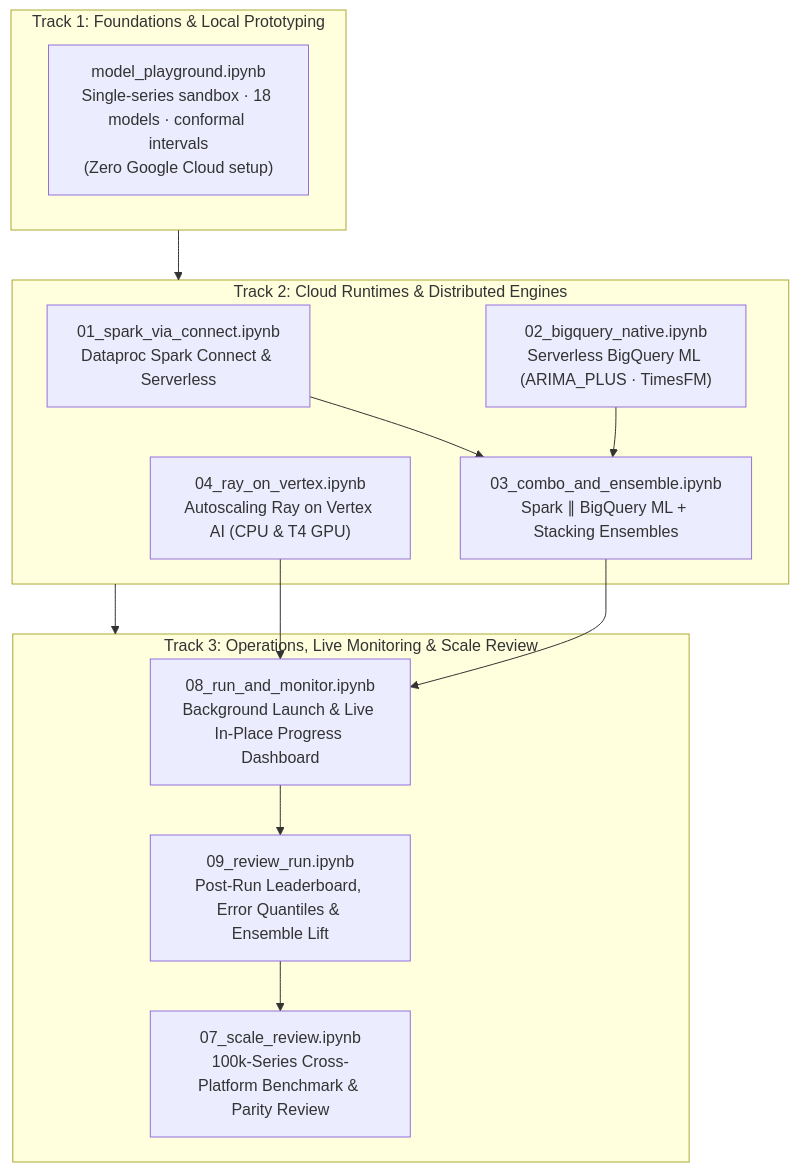
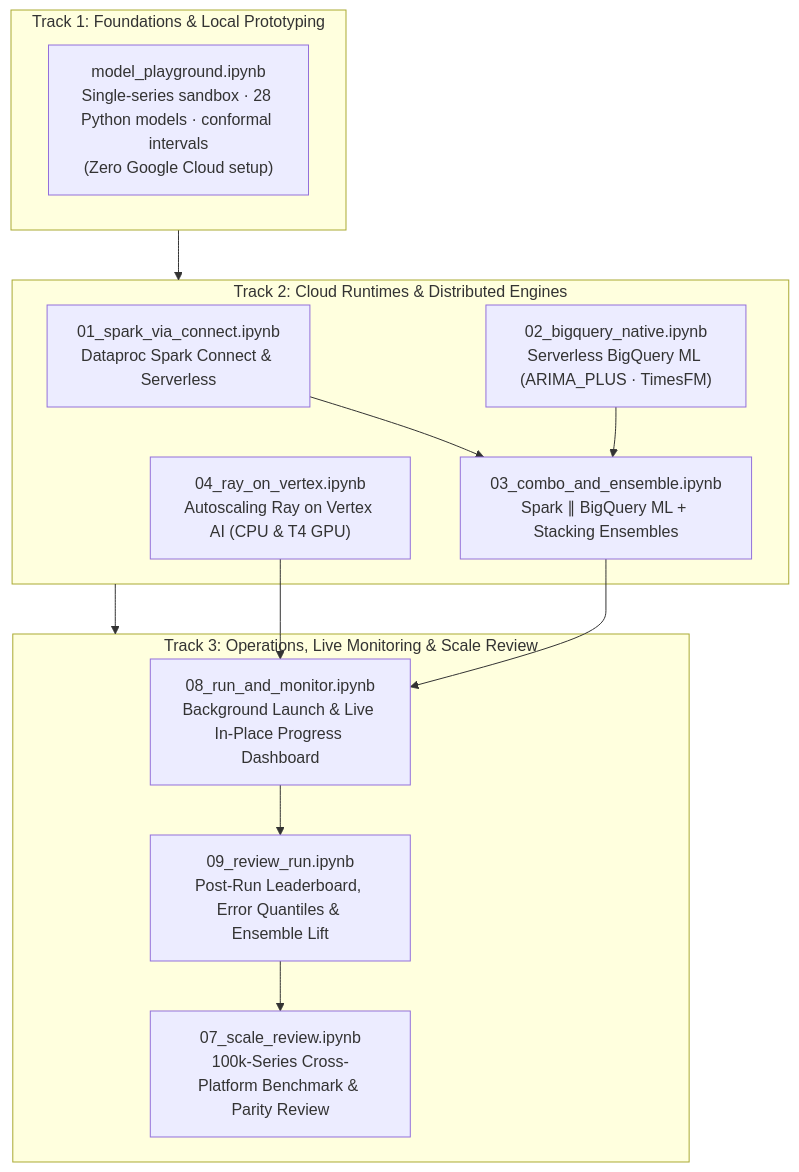
Before and after one commit to statmike/scale-forecasting: the diagram in notebooks/README.md, drawn with Mermaid. The commit also changed other lines of this file and 69 other files, not shown here.

````diff
--- a/notebooks/README.md
+++ b/notebooks/README.md
@@ -8,24 +8,24 @@
 ```mermaid
 flowchart TD
     subgraph Track1["Track 1: Foundations & Local Prototyping"]
-        NB0["model_playground.ipynb<br/>Single-series sandbox · 18 models · conformal intervals<br/>(Zero Google Cloud setup)"]
+        NB0["model_playground.ipynb<br/>Single-series sandbox · 28 Python models · conformal intervals<br/>(Zero Google Cloud setup)"]
     end
 
     subgraph Track2["Track 2: Cloud Runtimes & Distributed Engines"]
         NB1["01_spark_via_connect.ipynb<br/>Dataproc Spark Connect & Serverless"]
         NB2["02_bigquery_native.ipynb<br/>Serverless BigQuery ML (ARIMA_PLUS · TimesFM)"]
         NB3["03_combo_and_ensemble.ipynb<br/>Spark ∥ BigQuery ML + Stacking Ensembles"]
         NB4["04_ray_on_vertex.ipynb<br/>Autoscaling Ray on Vertex AI (CPU & T4 GPU)"]
     end
 
     subgraph Track3["Track 3: Operations, Live Monitoring & Scale Review"]
         NB8["08_run_and_monitor.ipynb<br/>Background Launch & Live In-Place Progress Dashboard"]
         NB9["09_review_run.ipynb<br/>Post-Run Leaderboard, Error Quantiles & Ensemble Lift"]
         NB7["07_scale_review.ipynb<br/>100k-Series Cross-Platform Benchmark & Parity Review"]
     end
 
     Track1 --> Track2 --> Track3
     NB1 & NB2 --> NB3
     NB3 & NB4 --> NB8
     NB8 --> NB9 --> NB7
 ```
````
